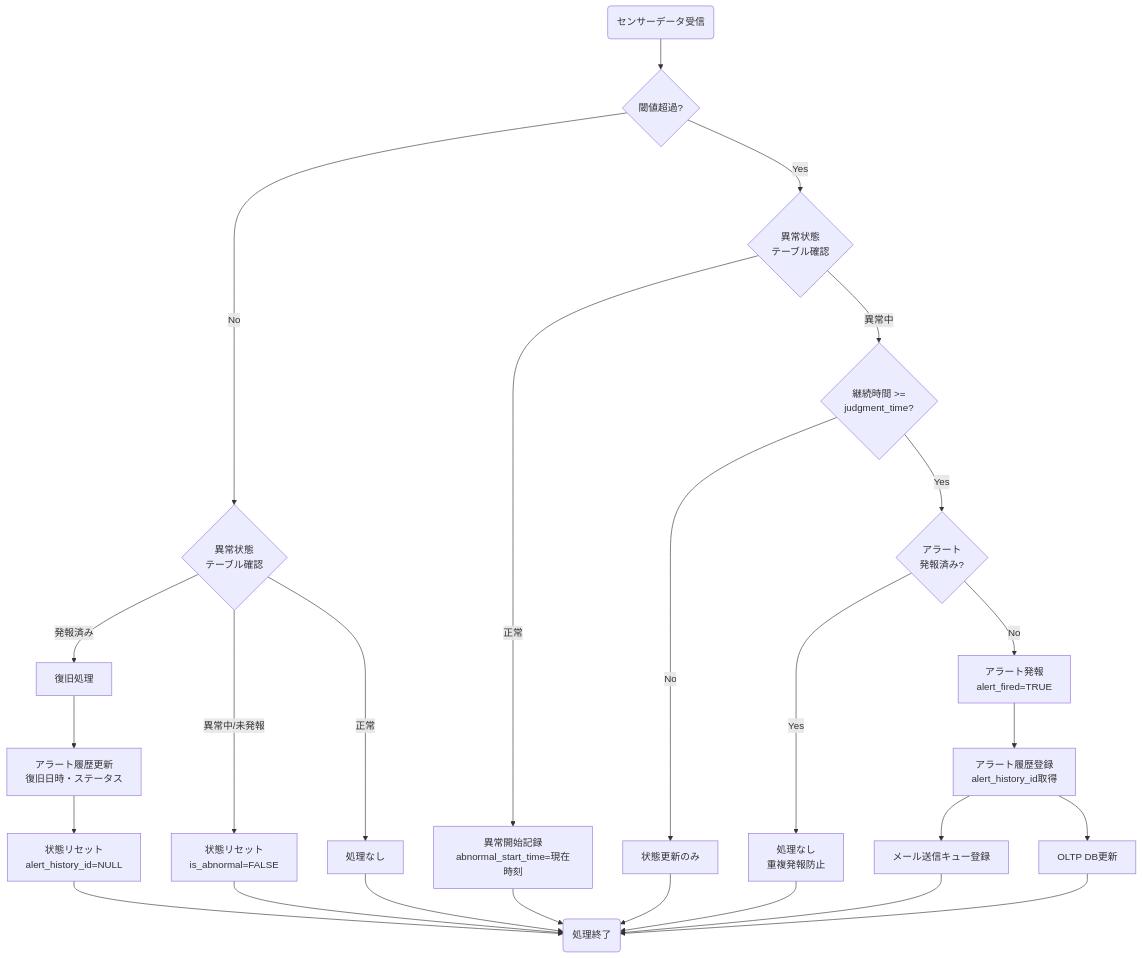
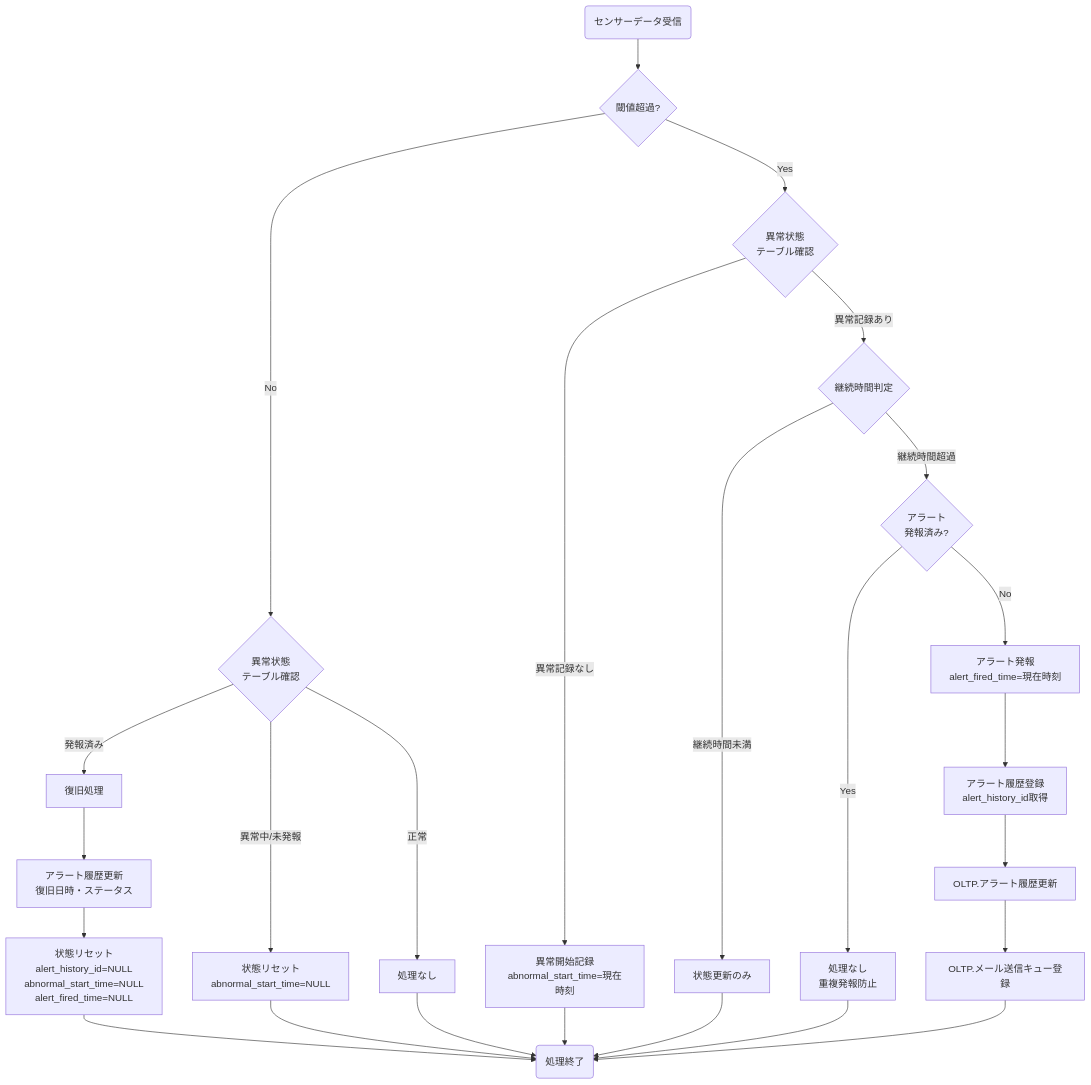
Before and after one commit to NSW-SVCP-AIWG002/Databricks-IoT: the second of 3 diagrams in docs/03-features/ldp-pipeline/silver-layer/ldp-pipeline-specification.md, drawn with Mermaid. The commit also changed other lines of this file and 5 other files, not shown here.

````diff
--- a/docs/03-features/ldp-pipeline/silver-layer/ldp-pipeline-specification.md
+++ b/docs/03-features/ldp-pipeline/silver-layer/ldp-pipeline-specification.md
@@ -477,36 +476,35 @@
 ```mermaid
 flowchart TD
     Sensor(センサーデータ受信) --> Threshold{閾値超過?}
 
     Threshold -->|No| CheckState1{異常状態<br>テーブル確認}
     CheckState1 -->|発報済み| RecoveryProcess[復旧処理]
-    CheckState1 -->|異常中/未発報| ResetState[状態リセット<br>is_abnormal=FALSE]
+    CheckState1 -->|異常中/未発報| ResetState[状態リセット<br>abnormal_start_time=NULL]
     CheckState1 -->|正常| NoAction1[処理なし]
 
     RecoveryProcess --> UpdateHistory[アラート履歴更新<br>復旧日時・ステータス]
-    UpdateHistory --> ResetStateWithHistory[状態リセット<br>alert_history_id=NULL]
+    UpdateHistory --> ResetStateWithHistory[状態リセット<br>alert_history_id=NULL<br>abnormal_start_time=NULL<br>alert_fired_time=NULL]
 
     Threshold -->|Yes| CheckState2{異常状態<br>テーブル確認}
-    CheckState2 -->|正常| StartAbnormal[異常開始記録<br>abnormal_start_time=現在時刻]
-    CheckState2 -->|異常中| CheckDuration{継続時間 >=<br>judgment_time?}
+    CheckState2 -->|異常記録なし| StartAbnormal[異常開始記録<br>abnormal_start_time=現在時刻]
+    CheckState2 -->|異常記録あり| CheckDuration{継続時間判定}
 
-    CheckDuration -->|No| UpdateState[状態更新のみ]
-    CheckDuration -->|Yes| CheckFired{アラート<br>発報済み?}
+    CheckDuration -->|継続時間未満| UpdateState[状態更新のみ]
+    CheckDuration -->|継続時間超過| CheckFired{アラート<br>発報済み?}
 
     CheckFired -->|Yes| NoAction2[処理なし<br>重複発報防止]
-    CheckFired -->|No| FireAlert[アラート発報<br>alert_fired=TRUE]
+    CheckFired -->|No| FireAlert[アラート発報<br>alert_fired_time=現在時刻]
 
     FireAlert --> InsertHistory[アラート履歴登録<br>alert_history_id取得]
-    InsertHistory --> Queue[メール送信キュー登録]
-    InsertHistory --> UpdateOLTP[OLTP DB更新]
+    InsertHistory --> UpdateOLTP[OLTP.アラート履歴更新]
+    UpdateOLTP --> Queue[OLTP.メール送信キュー登録]
 
     ResetStateWithHistory　--> End(処理終了)
     ResetState --> End
     NoAction1 --> End
     StartAbnormal --> End
     UpdateState --> End
     NoAction2 --> End
     Queue --> End
-    UpdateOLTP --> End
 
 ```
````
